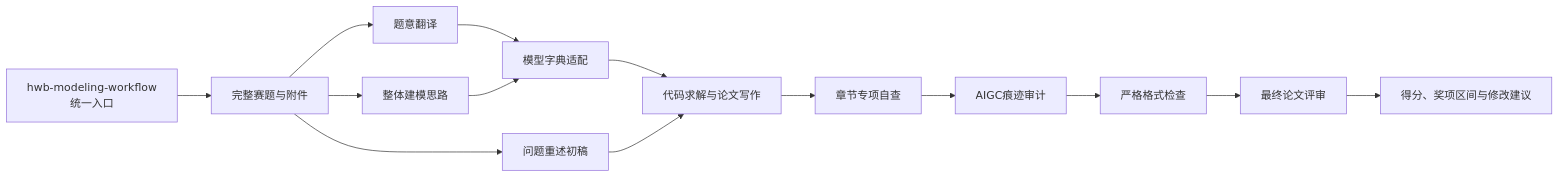
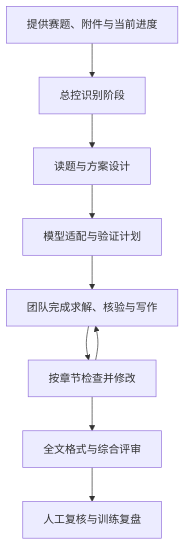
One commit to xieyouxixi/hwb-math-modeling-skills changed the diagram in README.md. Above: the diagram before and after it, drawn with Mermaid. The commit also changed other lines of this file, not shown here.

````diff
--- a/README.md
+++ b/README.md
@@ -99,16 +97,11 @@
 ```mermaid
-flowchart LR
-    O["hwb-modeling-workflow<br/>统一入口"] --> A["完整赛题与附件"]
-    A --> B["题意翻译"]
-    A --> C["整体建模思路"]
-    A --> D["问题重述初稿"]
-    B --> E["模型字典适配"]
-    C --> E
-    E --> F["代码求解与论文写作"]
-    D --> F
-    F --> G["章节专项自查"]
-    G --> H["AIGC痕迹审计"]
-    H --> I["严格格式检查"]
-    I --> J["最终论文评审"]
-    J --> K["得分、奖项区间与修改建议"]
+flowchart TD
+    A[提供赛题、附件与当前进度] --> B[总控识别阶段]
+    B --> C[读题与方案设计]
+    C --> D[模型适配与验证计划]
+    D --> E[团队完成求解、核验与写作]
+    E --> F[按章节检查并修改]
+    F --> G[全文格式与综合评审]
+    G --> H[人工复核与训练复盘]
+    F --> E
 ```
````
